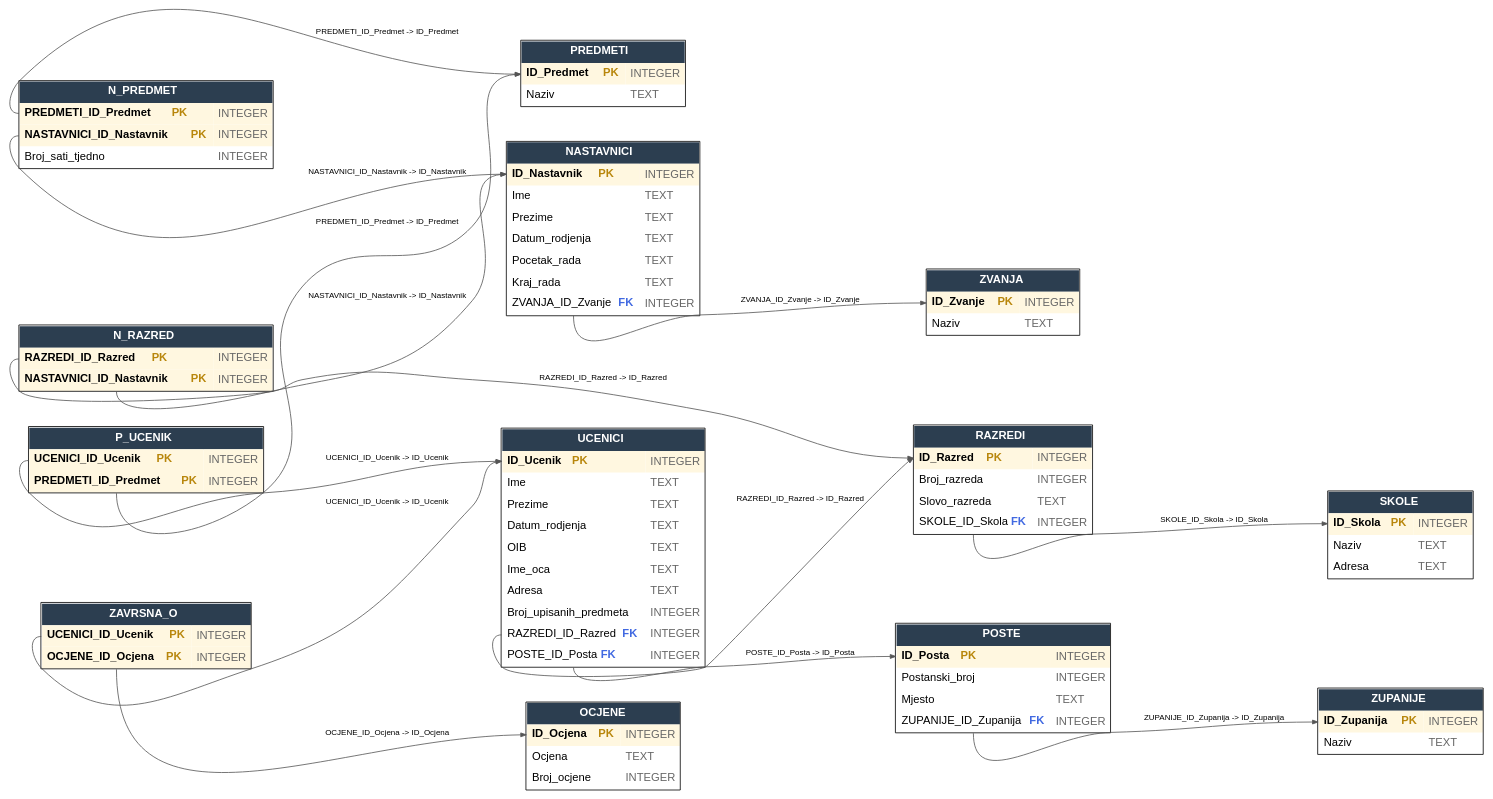
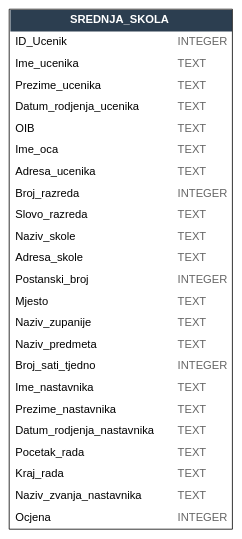
Before and after one commit to elakevic88/zavrsni-baza-skola: the diagram in databases/shema_visualisation/01_schema_original_shema.dot, drawn with Graphviz. The commit also changed 82 other files, not shown here.

```diff
--- a/databases/shema_visualisation/01_schema_original_shema.dot
+++ b/databases/shema_visualisation/01_schema_original_shema.dot
@@ -4,115 +4,31 @@
 node [shape=plain, fontname="Helvetica"];
 edge [fontname="Helvetica", fontsize=10, color="#555555", arrowsize=0.7];
 
-"NASTAVNICI" [label=<
+"SREDNJA_SKOLA" [label=<
         <table border="1" cellborder="0" cellspacing="0" cellpadding="6" bgcolor="white">
-        <tr><td colspan="2" bgcolor="#2c3e50"><font color="white"><b>NASTAVNICI</b></font></td></tr>
-        <tr><td align="left" port="ID_Nastavnik" bgcolor="#fff7e0"><b>ID_Nastavnik</b> <font color="#b8860b"><b>PK</b></font></td><td align="left" bgcolor="#fff7e0"><font color="#666666">INTEGER</font></td></tr>
-<tr><td align="left" port="Ime">Ime</td><td align="left"><font color="#666666">TEXT</font></td></tr>
-<tr><td align="left" port="Prezime">Prezime</td><td align="left"><font color="#666666">TEXT</font></td></tr>
-<tr><td align="left" port="Datum_rodjenja">Datum_rodjenja</td><td align="left"><font color="#666666">TEXT</font></td></tr>
+        <tr><td colspan="2" bgcolor="#2c3e50"><font color="white"><b>SREDNJA_SKOLA</b></font></td></tr>
+        <tr><td align="left" port="ID_Ucenik">ID_Ucenik</td><td align="left"><font color="#666666">INTEGER</font></td></tr>
+<tr><td align="left" port="Ime_ucenika">Ime_ucenika</td><td align="left"><font color="#666666">TEXT</font></td></tr>
+<tr><td align="left" port="Prezime_ucenika">Prezime_ucenika</td><td align="left"><font color="#666666">TEXT</font></td></tr>
+<tr><td align="left" port="Datum_rodjenja_ucenika">Datum_rodjenja_ucenika</td><td align="left"><font color="#666666">TEXT</font></td></tr>
+<tr><td align="left" port="OIB">OIB</td><td align="left"><font color="#666666">TEXT</font></td></tr>
+<tr><td align="left" port="Ime_oca">Ime_oca</td><td align="left"><font color="#666666">TEXT</font></td></tr>
+<tr><td align="left" port="Adresa_ucenika">Adresa_ucenika</td><td align="left"><font color="#666666">TEXT</font></td></tr>
+<tr><td align="left" port="Broj_razreda">Broj_razreda</td><td align="left"><font color="#666666">INTEGER</font></td></tr>
+<tr><td align="left" port="Slovo_razreda">Slovo_razreda</td><td align="left"><font color="#666666">TEXT</font></td></tr>
+<tr><td align="left" port="Naziv_skole">Naziv_skole</td><td align="left"><font color="#666666">TEXT</font></td></tr>
+<tr><td align="left" port="Adresa_skole">Adresa_skole</td><td align="left"><font color="#666666">TEXT</font></td></tr>
+<tr><td align="left" port="Postanski_broj">Postanski_broj</td><td align="left"><font color="#666666">INTEGER</font></td></tr>
+<tr><td align="left" port="Mjesto">Mjesto</td><td align="left"><font color="#666666">TEXT</font></td></tr>
+<tr><td align="left" port="Naziv_zupanije">Naziv_zupanije</td><td align="left"><font color="#666666">TEXT</font></td></tr>
+<tr><td align="left" port="Naziv_predmeta">Naziv_predmeta</td><td align="left"><font color="#666666">TEXT</font></td></tr>
+<tr><td align="left" port="Broj_sati_tjedno">Broj_sati_tjedno</td><td align="left"><font color="#666666">INTEGER</font></td></tr>
+<tr><td align="left" port="Ime_nastavnika">Ime_nastavnika</td><td align="left"><font color="#666666">TEXT</font></td></tr>
+<tr><td align="left" port="Prezime_nastavnika">Prezime_nastavnika</td><td align="left"><font color="#666666">TEXT</font></td></tr>
+<tr><td align="left" port="Datum_rodjenja_nastavnika">Datum_rodjenja_nastavnika</td><td align="left"><font color="#666666">TEXT</font></td></tr>
 <tr><td align="left" port="Pocetak_rada">Pocetak_rada</td><td align="left"><font color="#666666">TEXT</font></td></tr>
 <tr><td align="left" port="Kraj_rada">Kraj_rada</td><td align="left"><font color="#666666">TEXT</font></td></tr>
-<tr><td align="left" port="ZVANJA_ID_Zvanje">ZVANJA_ID_Zvanje <font color="#4169e1"><b>FK</b></font></td><td align="left"><font color="#666666">INTEGER</font></td></tr></table>>];
+<tr><td align="left" port="Naziv_zvanja_nastavnika">Naziv_zvanja_nastavnika</td><td align="left"><font color="#666666">TEXT</font></td></tr>
+<tr><td align="left" port="Ocjena">Ocjena</td><td align="left"><font color="#666666">INTEGER</font></td></tr></table>>];
 
-"N_PREDMET" [label=<
-        <table border="1" cellborder="0" cellspacing="0" cellpadding="6" bgcolor="white">
-        <tr><td colspan="2" bgcolor="#2c3e50"><font color="white"><b>N_PREDMET</b></font></td></tr>
-        <tr><td align="left" port="PREDMETI_ID_Predmet" bgcolor="#fff7e0"><b>PREDMETI_ID_Predmet</b> <font color="#b8860b"><b>PK</b></font></td><td align="left" bgcolor="#fff7e0"><font color="#666666">INTEGER</font></td></tr>
-<tr><td align="left" port="NASTAVNICI_ID_Nastavnik" bgcolor="#fff7e0"><b>NASTAVNICI_ID_Nastavnik</b> <font color="#b8860b"><b>PK</b></font></td><td align="left" bgcolor="#fff7e0"><font color="#666666">INTEGER</font></td></tr>
-<tr><td align="left" port="Broj_sati_tjedno">Broj_sati_tjedno</td><td align="left"><font color="#666666">INTEGER</font></td></tr></table>>];
-
-"N_RAZRED" [label=<
-        <table border="1" cellborder="0" cellspacing="0" cellpadding="6" bgcolor="white">
-        <tr><td colspan="2" bgcolor="#2c3e50"><font color="white"><b>N_RAZRED</b></font></td></tr>
-        <tr><td align="left" port="RAZREDI_ID_Razred" bgcolor="#fff7e0"><b>RAZREDI_ID_Razred</b> <font color="#b8860b"><b>PK</b></font></td><td align="left" bgcolor="#fff7e0"><font color="#666666">INTEGER</font></td></tr>
-<tr><td align="left" port="NASTAVNICI_ID_Nastavnik" bgcolor="#fff7e0"><b>NASTAVNICI_ID_Nastavnik</b> <font color="#b8860b"><b>PK</b></font></td><td align="left" bgcolor="#fff7e0"><font color="#666666">INTEGER</font></td></tr></table>>];
-
-"OCJENE" [label=<
-        <table border="1" cellborder="0" cellspacing="0" cellpadding="6" bgcolor="white">
-        <tr><td colspan="2" bgcolor="#2c3e50"><font color="white"><b>OCJENE</b></font></td></tr>
-        <tr><td align="left" port="ID_Ocjena" bgcolor="#fff7e0"><b>ID_Ocjena</b> <font color="#b8860b"><b>PK</b></font></td><td align="left" bgcolor="#fff7e0"><font color="#666666">INTEGER</font></td></tr>
-<tr><td align="left" port="Ocjena">Ocjena</td><td align="left"><font color="#666666">TEXT</font></td></tr>
-<tr><td align="left" port="Broj_ocjene">Broj_ocjene</td><td align="left"><font color="#666666">INTEGER</font></td></tr></table>>];
-
-"POSTE" [label=<
-        <table border="1" cellborder="0" cellspacing="0" cellpadding="6" bgcolor="white">
-        <tr><td colspan="2" bgcolor="#2c3e50"><font color="white"><b>POSTE</b></font></td></tr>
-        <tr><td align="left" port="ID_Posta" bgcolor="#fff7e0"><b>ID_Posta</b> <font color="#b8860b"><b>PK</b></font></td><td align="left" bgcolor="#fff7e0"><font color="#666666">INTEGER</font></td></tr>
-<tr><td align="left" port="Postanski_broj">Postanski_broj</td><td align="left"><font color="#666666">INTEGER</font></td></tr>
-<tr><td align="left" port="Mjesto">Mjesto</td><td align="left"><font color="#666666">TEXT</font></td></tr>
-<tr><td align="left" port="ZUPANIJE_ID_Zupanija">ZUPANIJE_ID_Zupanija <font color="#4169e1"><b>FK</b></font></td><td align="left"><font color="#666666">INTEGER</font></td></tr></table>>];
-
-"PREDMETI" [label=<
-        <table border="1" cellborder="0" cellspacing="0" cellpadding="6" bgcolor="white">
-        <tr><td colspan="2" bgcolor="#2c3e50"><font color="white"><b>PREDMETI</b></font></td></tr>
-        <tr><td align="left" port="ID_Predmet" bgcolor="#fff7e0"><b>ID_Predmet</b> <font color="#b8860b"><b>PK</b></font></td><td align="left" bgcolor="#fff7e0"><font color="#666666">INTEGER</font></td></tr>
-<tr><td align="left" port="Naziv">Naziv</td><td align="left"><font color="#666666">TEXT</font></td></tr></table>>];
-
-"P_UCENIK" [label=<
-        <table border="1" cellborder="0" cellspacing="0" cellpadding="6" bgcolor="white">
-        <tr><td colspan="2" bgcolor="#2c3e50"><font color="white"><b>P_UCENIK</b></font></td></tr>
-        <tr><td align="left" port="UCENICI_ID_Ucenik" bgcolor="#fff7e0"><b>UCENICI_ID_Ucenik</b> <font color="#b8860b"><b>PK</b></font></td><td align="left" bgcolor="#fff7e0"><font color="#666666">INTEGER</font></td></tr>
-<tr><td align="left" port="PREDMETI_ID_Predmet" bgcolor="#fff7e0"><b>PREDMETI_ID_Predmet</b> <font color="#b8860b"><b>PK</b></font></td><td align="left" bgcolor="#fff7e0"><font color="#666666">INTEGER</font></td></tr></table>>];
-
-"RAZREDI" [label=<
-        <table border="1" cellborder="0" cellspacing="0" cellpadding="6" bgcolor="white">
-        <tr><td colspan="2" bgcolor="#2c3e50"><font color="white"><b>RAZREDI</b></font></td></tr>
-        <tr><td align="left" port="ID_Razred" bgcolor="#fff7e0"><b>ID_Razred</b> <font color="#b8860b"><b>PK</b></font></td><td align="left" bgcolor="#fff7e0"><font color="#666666">INTEGER</font></td></tr>
-<tr><td align="left" port="Broj_razreda">Broj_razreda</td><td align="left"><font color="#666666">INTEGER</font></td></tr>
-<tr><td align="left" port="Slovo_razreda">Slovo_razreda</td><td align="left"><font color="#666666">TEXT</font></td></tr>
-<tr><td align="left" port="SKOLE_ID_Skola">SKOLE_ID_Skola <font color="#4169e1"><b>FK</b></font></td><td align="left"><font color="#666666">INTEGER</font></td></tr></table>>];
-
-"SKOLE" [label=<
-        <table border="1" cellborder="0" cellspacing="0" cellpadding="6" bgcolor="white">
-        <tr><td colspan="2" bgcolor="#2c3e50"><font color="white"><b>SKOLE</b></font></td></tr>
-        <tr><td align="left" port="ID_Skola" bgcolor="#fff7e0"><b>ID_Skola</b> <font color="#b8860b"><b>PK</b></font></td><td align="left" bgcolor="#fff7e0"><font color="#666666">INTEGER</font></td></tr>
-<tr><td align="left" port="Naziv">Naziv</td><td align="left"><font color="#666666">TEXT</font></td></tr>
-<tr><td align="left" port="Adresa">Adresa</td><td align="left"><font color="#666666">TEXT</font></td></tr></table>>];
-
-"UCENICI" [label=<
-        <table border="1" cellborder="0" cellspacing="0" cellpadding="6" bgcolor="white">
-        <tr><td colspan="2" bgcolor="#2c3e50"><font color="white"><b>UCENICI</b></font></td></tr>
-        <tr><td align="left" port="ID_Ucenik" bgcolor="#fff7e0"><b>ID_Ucenik</b> <font color="#b8860b"><b>PK</b></font></td><td align="left" bgcolor="#fff7e0"><font color="#666666">INTEGER</font></td></tr>
-<tr><td align="left" port="Ime">Ime</td><td align="left"><font color="#666666">TEXT</font></td></tr>
-<tr><td align="left" port="Prezime">Prezime</td><td align="left"><font color="#666666">TEXT</font></td></tr>
-<tr><td align="left" port="Datum_rodjenja">Datum_rodjenja</td><td align="left"><font color="#666666">TEXT</font></td></tr>
-<tr><td align="left" port="OIB">OIB</td><td align="left"><font color="#666666">TEXT</font></td></tr>
-<tr><td align="left" port="Ime_oca">Ime_oca</td><td align="left"><font color="#666666">TEXT</font></td></tr>
-<tr><td align="left" port="Adresa">Adresa</td><td align="left"><font color="#666666">TEXT</font></td></tr>
-<tr><td align="left" port="Broj_upisanih_predmeta">Broj_upisanih_predmeta</td><td align="left"><font color="#666666">INTEGER</font></td></tr>
-<tr><td align="left" port="RAZREDI_ID_Razred">RAZREDI_ID_Razred <font color="#4169e1"><b>FK</b></font></td><td align="left"><font color="#666666">INTEGER</font></td></tr>
-<tr><td align="left" port="POSTE_ID_Posta">POSTE_ID_Posta <font color="#4169e1"><b>FK</b></font></td><td align="left"><font color="#666666">INTEGER</font></td></tr></table>>];
-
-"ZAVRSNA_O" [label=<
-        <table border="1" cellborder="0" cellspacing="0" cellpadding="6" bgcolor="white">
-        <tr><td colspan="2" bgcolor="#2c3e50"><font color="white"><b>ZAVRSNA_O</b></font></td></tr>
-        <tr><td align="left" port="UCENICI_ID_Ucenik" bgcolor="#fff7e0"><b>UCENICI_ID_Ucenik</b> <font color="#b8860b"><b>PK</b></font></td><td align="left" bgcolor="#fff7e0"><font color="#666666">INTEGER</font></td></tr>
-<tr><td align="left" port="OCJENE_ID_Ocjena" bgcolor="#fff7e0"><b>OCJENE_ID_Ocjena</b> <font color="#b8860b"><b>PK</b></font></td><td align="left" bgcolor="#fff7e0"><font color="#666666">INTEGER</font></td></tr></table>>];
-
-"ZUPANIJE" [label=<
-        <table border="1" cellborder="0" cellspacing="0" cellpadding="6" bgcolor="white">
-        <tr><td colspan="2" bgcolor="#2c3e50"><font color="white"><b>ZUPANIJE</b></font></td></tr>
-        <tr><td align="left" port="ID_Zupanija" bgcolor="#fff7e0"><b>ID_Zupanija</b> <font color="#b8860b"><b>PK</b></font></td><td align="left" bgcolor="#fff7e0"><font color="#666666">INTEGER</font></td></tr>
-<tr><td align="left" port="Naziv">Naziv</td><td align="left"><font color="#666666">TEXT</font></td></tr></table>>];
-
-"ZVANJA" [label=<
-        <table border="1" cellborder="0" cellspacing="0" cellpadding="6" bgcolor="white">
-        <tr><td colspan="2" bgcolor="#2c3e50"><font color="white"><b>ZVANJA</b></font></td></tr>
-        <tr><td align="left" port="ID_Zvanje" bgcolor="#fff7e0"><b>ID_Zvanje</b> <font color="#b8860b"><b>PK</b></font></td><td align="left" bgcolor="#fff7e0"><font color="#666666">INTEGER</font></td></tr>
-<tr><td align="left" port="Naziv">Naziv</td><td align="left"><font color="#666666">TEXT</font></td></tr></table>>];
-
-"NASTAVNICI":"ZVANJA_ID_Zvanje" -> "ZVANJA":"ID_Zvanje" [label="ZVANJA_ID_Zvanje -> ID_Zvanje"];
-"N_PREDMET":"NASTAVNICI_ID_Nastavnik" -> "NASTAVNICI":"ID_Nastavnik" [label="NASTAVNICI_ID_Nastavnik -> ID_Nastavnik"];
-"N_PREDMET":"PREDMETI_ID_Predmet" -> "PREDMETI":"ID_Predmet" [label="PREDMETI_ID_Predmet -> ID_Predmet"];
-"N_RAZRED":"NASTAVNICI_ID_Nastavnik" -> "NASTAVNICI":"ID_Nastavnik" [label="NASTAVNICI_ID_Nastavnik -> ID_Nastavnik"];
-"N_RAZRED":"RAZREDI_ID_Razred" -> "RAZREDI":"ID_Razred" [label="RAZREDI_ID_Razred -> ID_Razred"];
-"POSTE":"ZUPANIJE_ID_Zupanija" -> "ZUPANIJE":"ID_Zupanija" [label="ZUPANIJE_ID_Zupanija -> ID_Zupanija"];
-"P_UCENIK":"PREDMETI_ID_Predmet" -> "PREDMETI":"ID_Predmet" [label="PREDMETI_ID_Predmet -> ID_Predmet"];
-"P_UCENIK":"UCENICI_ID_Ucenik" -> "UCENICI":"ID_Ucenik" [label="UCENICI_ID_Ucenik -> ID_Ucenik"];
-"RAZREDI":"SKOLE_ID_Skola" -> "SKOLE":"ID_Skola" [label="SKOLE_ID_Skola -> ID_Skola"];
-"UCENICI":"POSTE_ID_Posta" -> "POSTE":"ID_Posta" [label="POSTE_ID_Posta -> ID_Posta"];
-"UCENICI":"RAZREDI_ID_Razred" -> "RAZREDI":"ID_Razred" [label="RAZREDI_ID_Razred -> ID_Razred"];
-"ZAVRSNA_O":"OCJENE_ID_Ocjena" -> "OCJENE":"ID_Ocjena" [label="OCJENE_ID_Ocjena -> ID_Ocjena"];
-"ZAVRSNA_O":"UCENICI_ID_Ucenik" -> "UCENICI":"ID_Ucenik" [label="UCENICI_ID_Ucenik -> ID_Ucenik"];
 }
```
